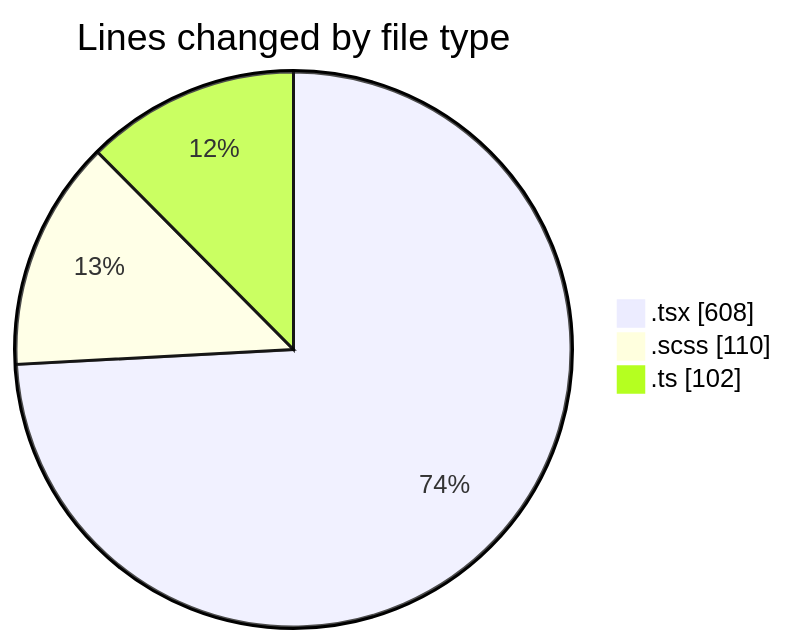
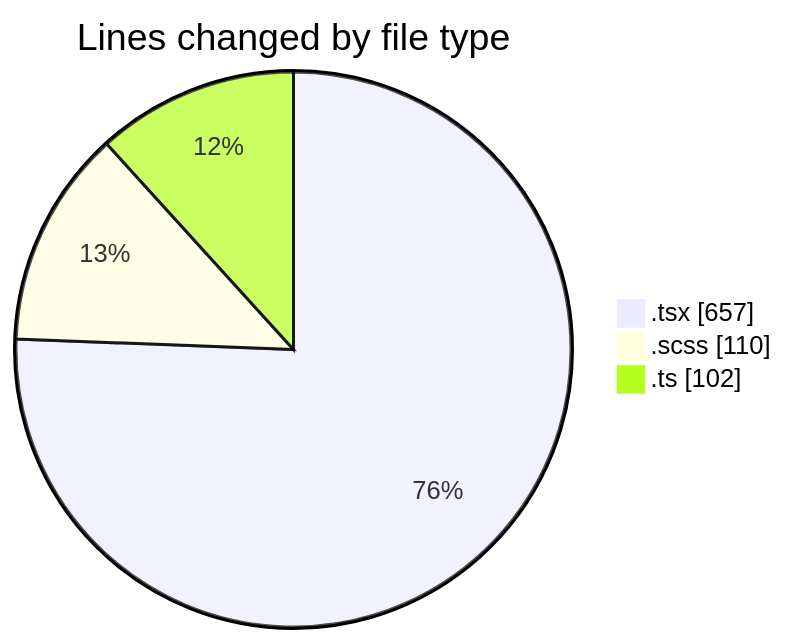
The first of 2 diagrams in 2026-11-06/cda/README.md (momahboobian/code-tracking), drawn with Mermaid before and after one commit. The commit also changed other lines of this file and 1 other file, not shown here.

````diff
--- a/2026-11-06/cda/README.md
+++ b/2026-11-06/cda/README.md
@@ -29,7 +30,7 @@
 ```mermaid
 pie showData
 title Lines changed by file type
-".tsx" : 608
+".tsx" : 657
 ".scss" : 110
 ".ts" : 102
 ```
````
